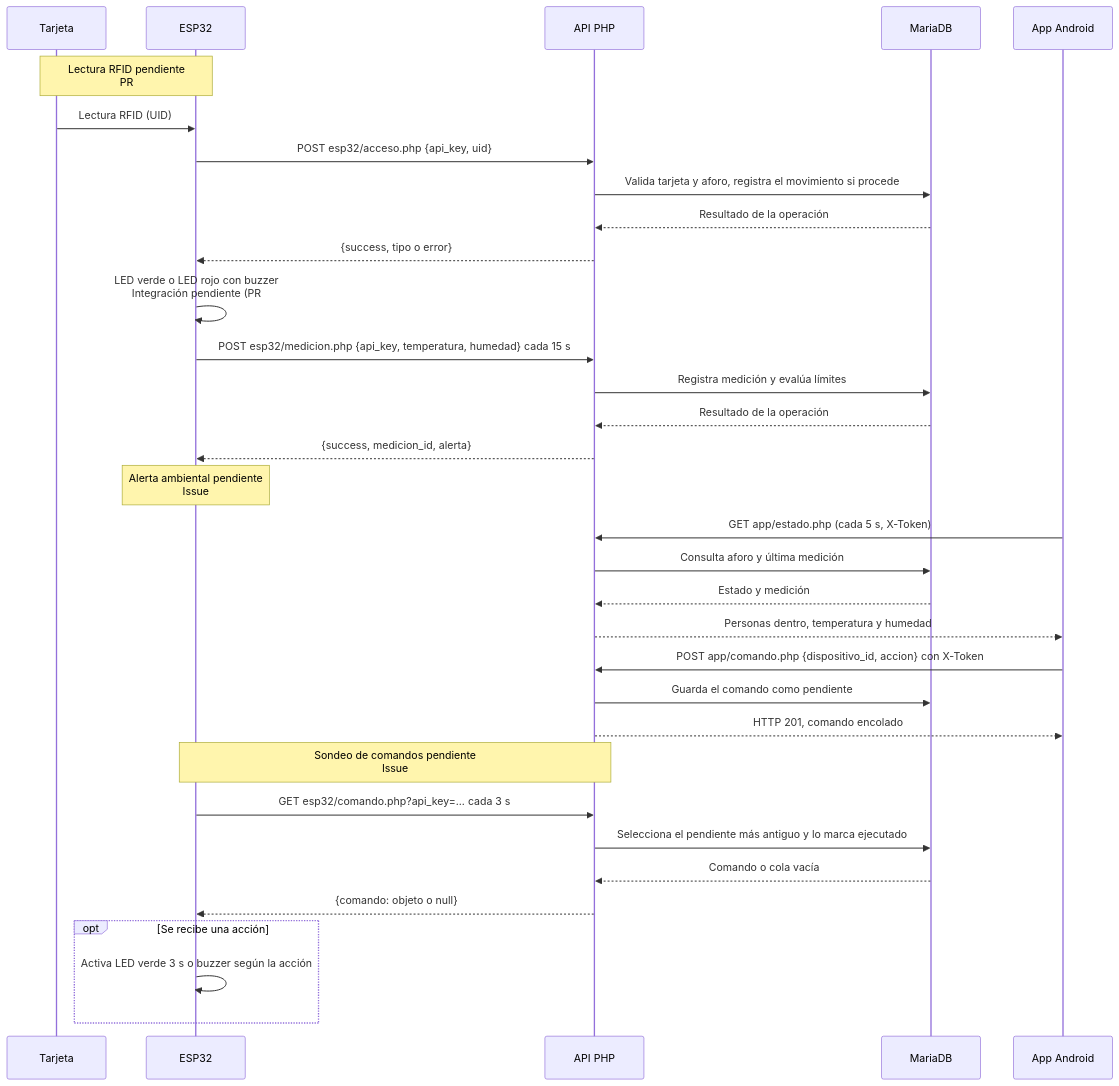
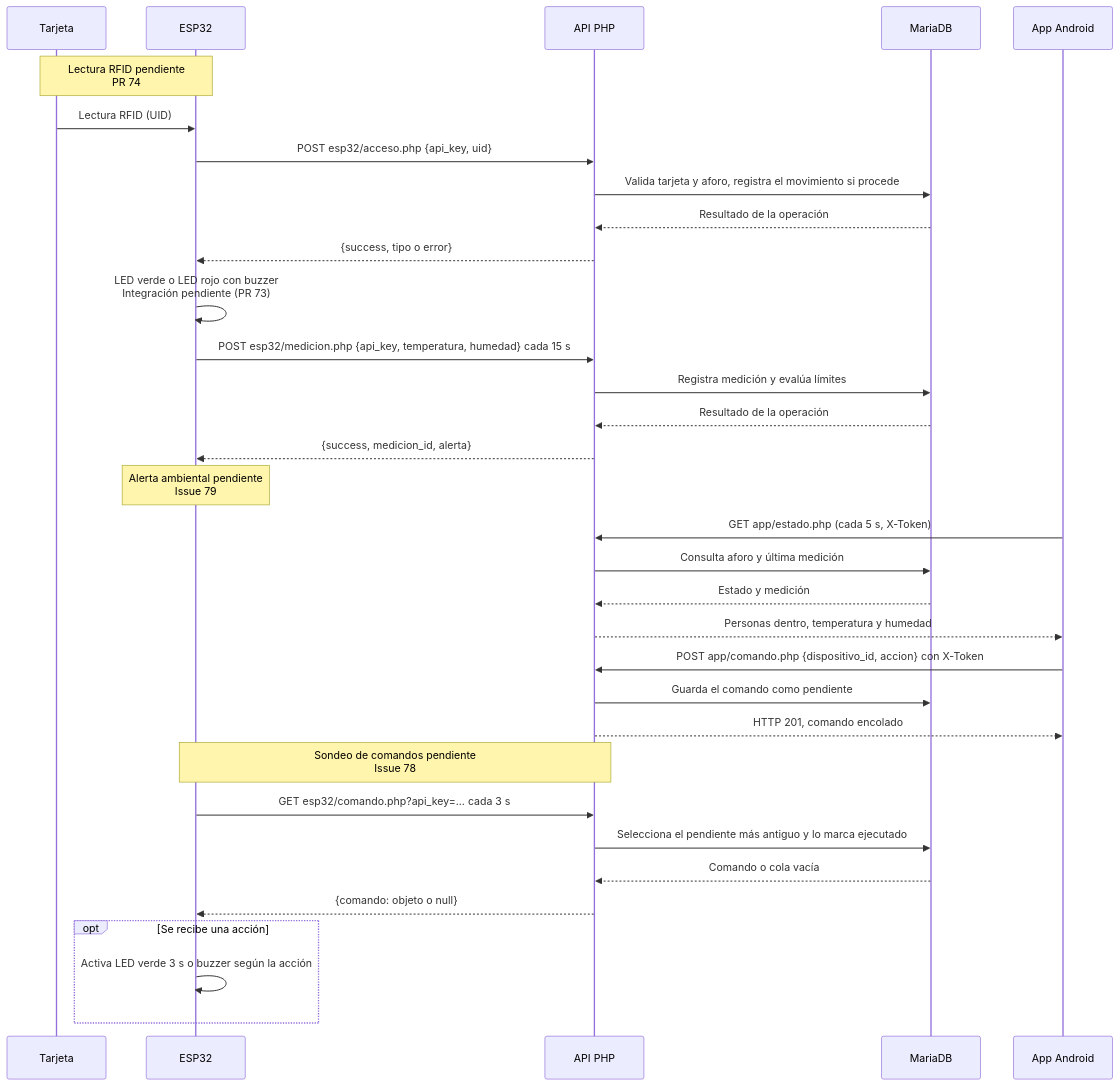
One commit to OsvaldoVar/aforo-iot changed the diagram in docs/expediente/05-protocolo-iot.md. Above: the diagram before and after it, drawn with Mermaid.

Commit message:
docs(iot): quitar numerales de las referencias Mermaid

````diff
--- a/docs/expediente/05-protocolo-iot.md
+++ b/docs/expediente/05-protocolo-iot.md
@@ -98,39 +98,39 @@
 ```mermaid
 sequenceDiagram
     participant T as Tarjeta
     participant E as ESP32
     participant A as API PHP
     participant B as MariaDB
     participant M as App Android
 
-    Note over T,E: Lectura RFID pendiente<br/>PR #74
+    Note over T,E: Lectura RFID pendiente<br/>PR 74
     T->>E: Lectura RFID (UID)
     E->>A: POST esp32/acceso.php {api_key, uid}
     A->>B: Valida tarjeta y aforo, registra el movimiento si procede
     B-->>A: Resultado de la operación
     A-->>E: {success, tipo o error}
-    E->>E: LED verde o LED rojo con buzzer<br/>Integración pendiente (PR #73)
+    E->>E: LED verde o LED rojo con buzzer<br/>Integración pendiente (PR 73)
 
     E->>A: POST esp32/medicion.php {api_key, temperatura, humedad} cada 15 s
     A->>B: Registra medición y evalúa límites
     B-->>A: Resultado de la operación
     A-->>E: {success, medicion_id, alerta}
-    Note over E: Alerta ambiental pendiente<br/>Issue #79
+    Note over E: Alerta ambiental pendiente<br/>Issue 79
 
     M->>A: GET app/estado.php (cada 5 s, X-Token)
     A->>B: Consulta aforo y última medición
     B-->>A: Estado y medición
     A-->>M: Personas dentro, temperatura y humedad
 
     M->>A: POST app/comando.php {dispositivo_id, accion} con X-Token
     A->>B: Guarda el comando como pendiente
     A-->>M: HTTP 201, comando encolado
-    Note over E,A: Sondeo de comandos pendiente<br/>Issue #78
+    Note over E,A: Sondeo de comandos pendiente<br/>Issue 78
     E->>A: GET esp32/comando.php?api_key=... cada 3 s
     A->>B: Selecciona el pendiente más antiguo y lo marca ejecutado
     B-->>A: Comando o cola vacía
     A-->>E: {comando: objeto o null}
     opt Se recibe una acción
         E->>E: Activa LED verde 3 s o buzzer según la acción
     end
 ```
````
